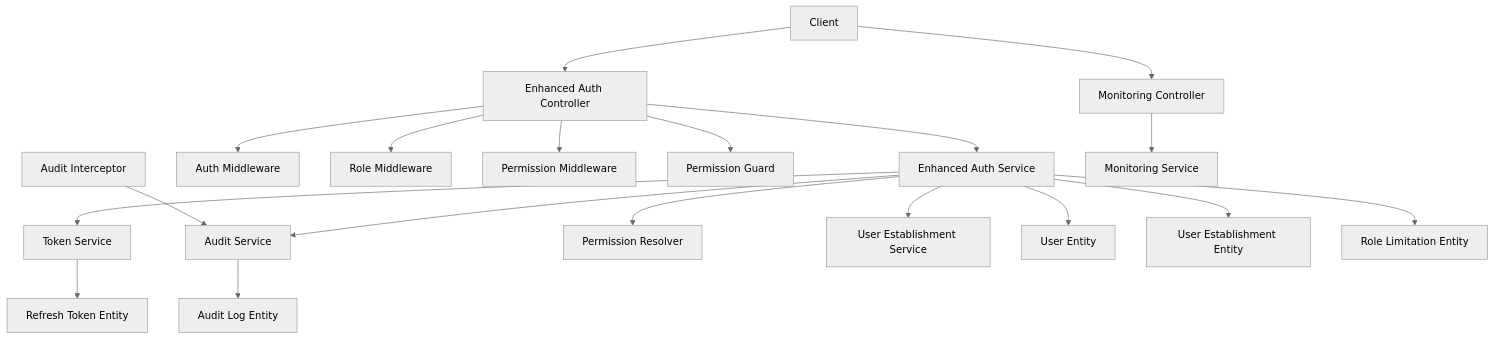
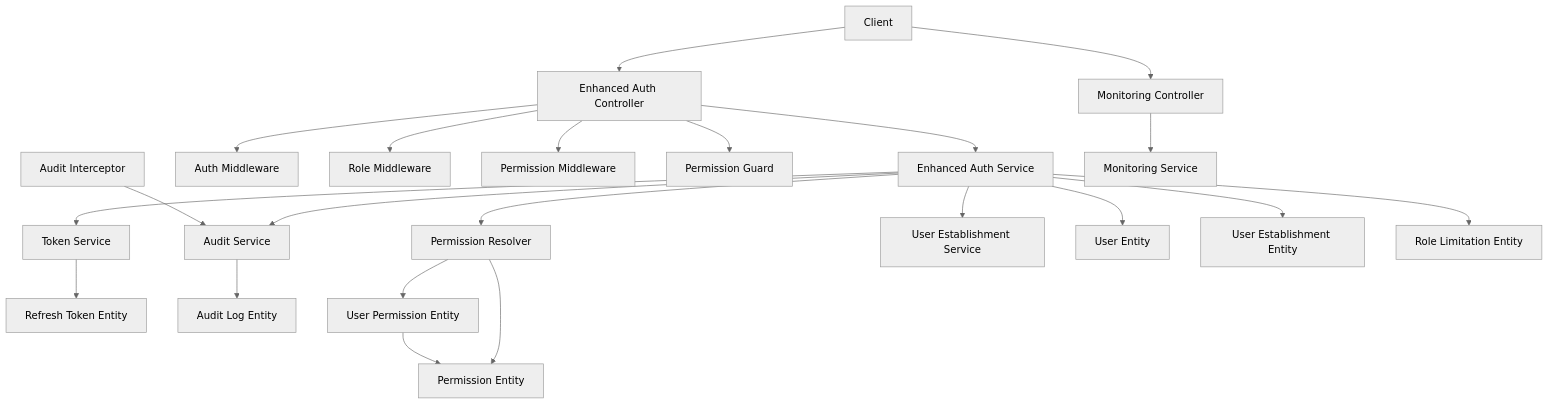
The second of 9 diagrams in .qoder/repowiki/en/content/Modules & Features/Administrative Modules/Security & Governance/Security & Governance.md (franckylab/eLISAschool), drawn with Mermaid (neutral theme) before and after one commit. The commit also changed other lines of this file and 358 other files, not shown here.

````diff
--- a/.qoder/repowiki/en/content/Modules & Features/Administrative Modules/Security & Governance/Security & Governance.md
+++ b/.qoder/repowiki/en/content/Modules & Features/Administrative Modules/Security & Governance/Security & Governance.md
@@ -190,40 +226,45 @@
 ```mermaid
 graph TB
 Client["Client"]
 AC["Enhanced Auth Controller"]
 AS["Enhanced Auth Service"]
 TS["Token Service"]
 AU["Audit Service"]
 PERMRES["Permission Resolver"]
 UESS["User Establishment Service"]
 PMW["Auth Middleware"]
 RMW["Role Middleware"]
 PMMW["Permission Middleware"]
 PG["Permission Guard"]
 AI["Audit Interceptor"]
 UE["User Entity"]
 RTE["Refresh Token Entity"]
 AE["Audit Log Entity"]
 UET["User Establishment Entity"]
 ROLELT["Role Limitation Entity"]
+PERM["Permission Entity"]
+UPERM["User Permission Entity"]
 MS["Monitoring Service"]
 MC["Monitoring Controller"]
 Client --> AC
 AC --> AS
 AS --> TS
 AS --> AU
 AS --> PERMRES
 AS --> UESS
 AC --> PMW
 AC --> RMW
 AC --> PMMW
 AC --> PG
 AS --> UE
 AS --> UET
 AS --> ROLELT
 TS --> RTE
 AU --> AE
 AI --> AU
 Client --> MC
 MC --> MS
+PERMRES --> PERM
+PERMRES --> UPERM
+UPERM --> PERM
 ```
````
